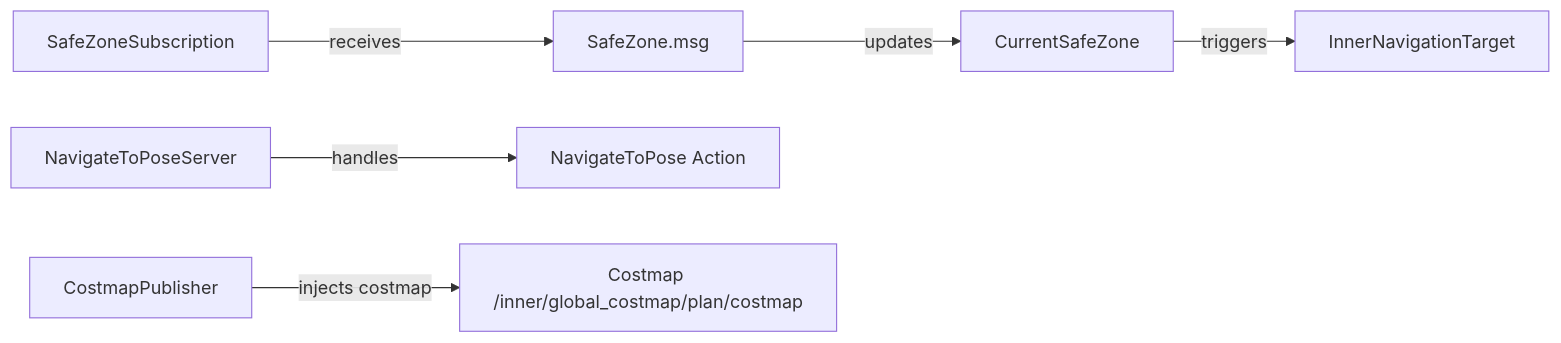
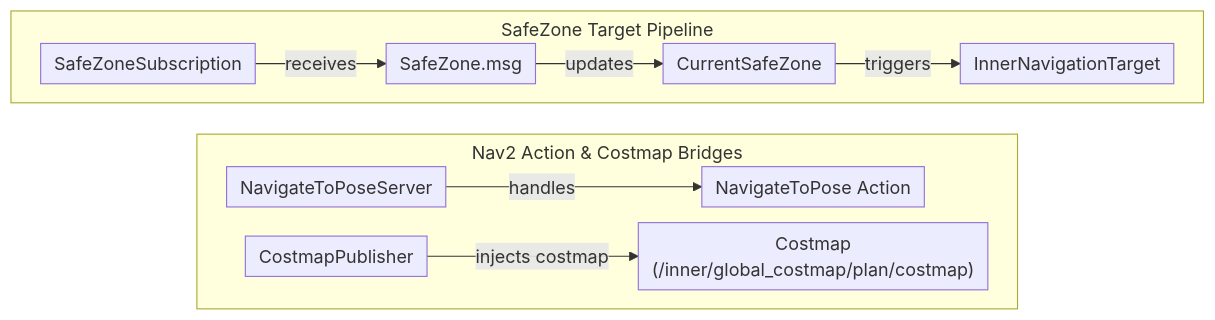
The second of 2 diagrams in 9403fb1/for_developers/architecture/plan_interface.md (cardboardcode/ngp_docs), drawn with Mermaid before and after one commit. The commit also changed other lines of this file and 2 other files, not shown here.

Commit message:
:blue_book: Update developer architecture, plan interface, and waypoint lifecycle documentation with full commit links and expanded context

````diff
--- a/9403fb1/for_developers/architecture/plan_interface.md
+++ b/9403fb1/for_developers/architecture/plan_interface.md
@@ -109,8 +122,18 @@
 ```mermaid
-graph LR
-    SZ_Sub["SafeZoneSubscription"] -->|receives| SZ["SafeZone.msg"]
-    SZ -->|updates| CSZ["CurrentSafeZone"]
-    CSZ -->|triggers| NIT["InnerNavigationTarget"]
-    NTP_Server["NavigateToPoseServer"] -->|handles| Action["NavigateToPose Action"]
-    CP_Pub["CostmapPublisher"] -->|injects costmap| Costmap["Costmap /inner/global_costmap/plan/costmap"]
+%%{init: {"flowchart": {"nodeSpacing": 14, "rankSpacing": 28, "padding": 6, "subGraphTitleMargin": {"top": 4, "bottom": 8}}, "themeCSS": ".cluster-label div { max-width: 320px !important; } .cluster-label span, .node .nodeLabel, .edgeLabel { font-size: 12px !important; }"}}%%
+flowchart TD
+    subgraph SafeZoneFlow["SafeZone Target Pipeline"]
+        direction LR
+        SZ_Sub["SafeZoneSubscription"] -->|receives| SZ["SafeZone.msg"]
+        SZ -->|updates| CSZ["CurrentSafeZone"]
+        CSZ -->|triggers| NIT["InnerNavigationTarget"]
+    end
+
+    subgraph Nav2Bridges["Nav2 Action & Costmap Bridges"]
+        direction LR
+        NTP_Server["NavigateToPoseServer"] -->|handles| Action["NavigateToPose Action"]
+        CP_Pub["CostmapPublisher"] -->|"injects costmap"| Costmap["Costmap<br/>(/inner/global_costmap/plan/costmap)"]
+    end
+
+    SafeZoneFlow ~~~ Nav2Bridges
 ```
````
